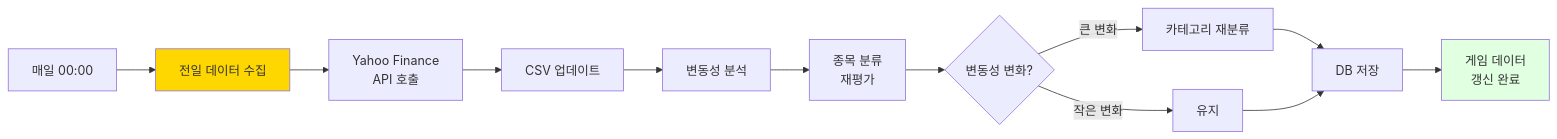
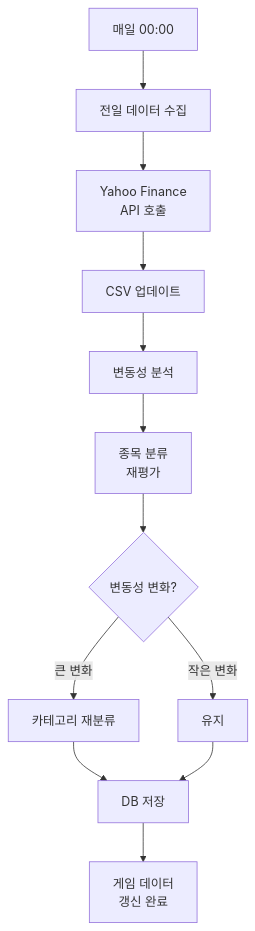
One commit to Collegenie-X/stock_simulation changed the fourth of 5 diagrams in README.md. Above: the diagram before and after it, drawn with Mermaid. The commit also changed other lines of this file, not shown here.

````diff
--- a/README.md
+++ b/README.md
@@ -1149,21 +1413,19 @@
 ```mermaid
-flowchart LR
+flowchart TB
     A[매일 00:00] --> B[전일 데이터 수집]
     B --> C[Yahoo Finance<br/>API 호출]
     C --> D[CSV 업데이트]
     
     D --> E[변동성 분석]
     E --> F[종목 분류<br/>재평가]
     
     F --> G{변동성 변화?}
     G -->|큰 변화| H[카테고리 재분류]
     G -->|작은 변화| I[유지]
     
     H --> J[DB 저장]
     I --> J
     
     J --> K[게임 데이터<br/>갱신 완료]
     
-    style B fill:#ffd700
-    style K fill:#e1ffe1
 ```
````
